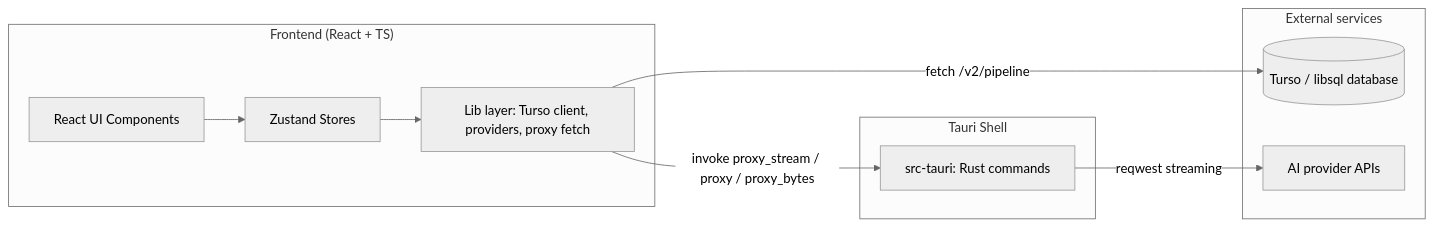
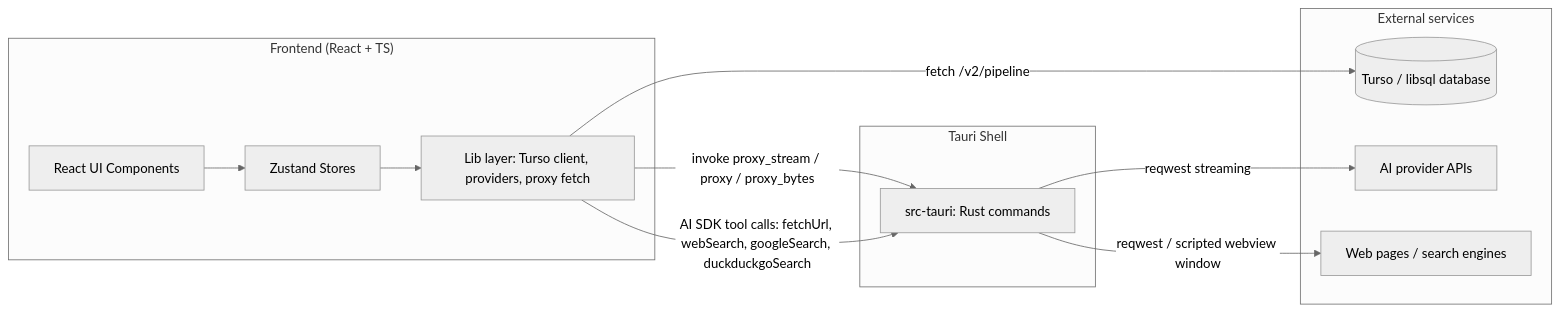
The first of 10 diagrams in ARCHITECTURE.md (im4aLL/personal-agent), drawn with Mermaid (neutral theme) before and after one commit. The commit also changed other lines of this file and 6 other files, not shown here.

````diff
--- a/ARCHITECTURE.md
+++ b/ARCHITECTURE.md
@@ -8,23 +9,26 @@
 ```mermaid
 flowchart LR
     subgraph Frontend["Frontend (React + TS)"]
         UI[React UI Components]
         STORE[Zustand Stores]
         LIB[Lib layer: Turso client, providers, proxy fetch]
     end
 
     subgraph Tauri["Tauri Shell"]
         RUST[src-tauri: Rust commands]
     end
 
     subgraph External["External services"]
         TURSO[(Turso / libsql database)]
         PROVIDER[AI provider APIs]
+        WEB[Web pages / search engines]
     end
 
     UI --> STORE
     STORE --> LIB
     LIB -->|invoke proxy_stream / proxy / proxy_bytes| RUST
     LIB -->|fetch /v2/pipeline| TURSO
     RUST -->|reqwest streaming| PROVIDER
+    LIB -->|AI SDK tool calls: fetchUrl, webSearch, googleSearch, duckduckgoSearch| RUST
+    RUST -->|reqwest / scripted webview window| WEB
 ```
````
